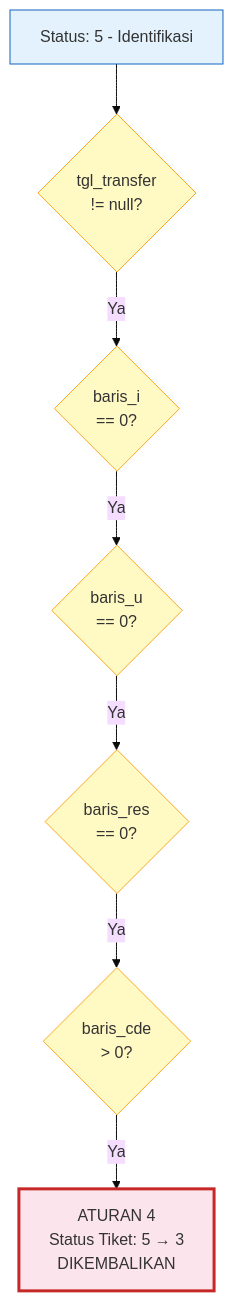
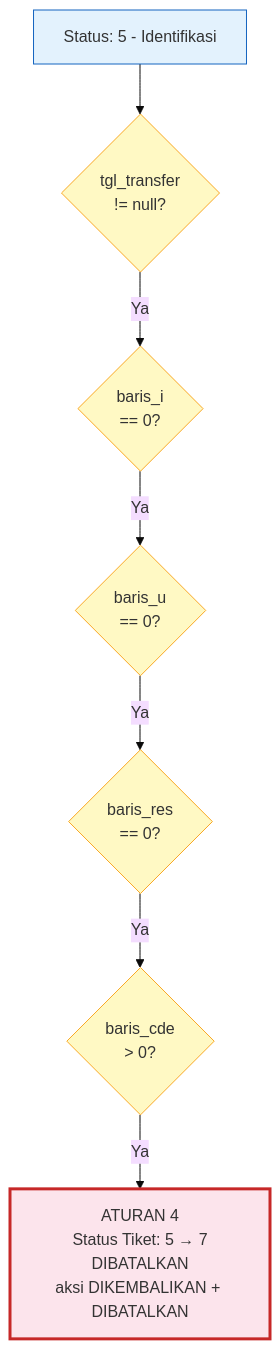
The fifth of 9 diagrams in docs/SYNC_TIKET_UPDATE_RULES.md (kloworizer/diamond-web), drawn with Mermaid (base theme) before and after one commit. The commit also changed other lines of this file and 8 other files, not shown here.

First line of the commit message:
Refactor tiket status handling and implement retroactive fix for sync issues

````diff
--- a/docs/SYNC_TIKET_UPDATE_RULES.md
+++ b/docs/SYNC_TIKET_UPDATE_RULES.md
@@ -88,17 +91,17 @@
 ```mermaid
 flowchart TD
     START[Status: 5 - Identifikasi] --> C1{tgl_transfer<br/>!= null?}
     C1 -->|Ya| C2{baris_i<br/>== 0?}
     C2 -->|Ya| C3{baris_u<br/>== 0?}
     C3 -->|Ya| C4{baris_res<br/>== 0?}
     C4 -->|Ya| C5{baris_cde<br/>> 0?}
-    C5 -->|Ya| RESULT[ATURAN 4<br/>Status Tiket: 5 → 3<br/>DIKEMBALIKAN]
+    C5 -->|Ya| RESULT[ATURAN 4<br/>Status Tiket: 5 → 7<br/>DIBATALKAN<br/>aksi DIKEMBALIKAN + DIBATALKAN]
 
     style RESULT fill:#fce4ec,stroke:#c62828,stroke-width:3px
     style START fill:#e3f2fd,stroke:#1565c0
     style C1 fill:#fff9c4,stroke:#f9a825
     style C2 fill:#fff9c4,stroke:#f9a825
     style C3 fill:#fff9c4,stroke:#f9a825
     style C4 fill:#fff9c4,stroke:#f9a825
     style C5 fill:#fff9c4,stroke:#f9a825
 ```
````
